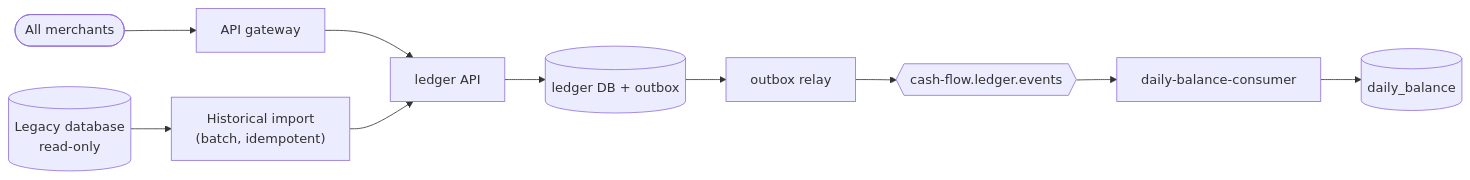
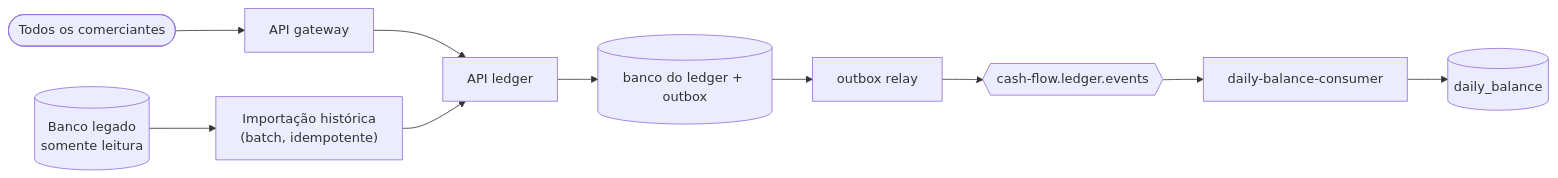
The fifth of 6 diagrams in docs/04-transition-architecture.md (joaorizzont/cash-flow-test), drawn with Mermaid before and after one commit. The commit also changed other lines of this file and 23 other files, not shown here.

First line of the commit message:
docs: translate architecture documentation to portuguese

````diff
--- a/docs/04-transition-architecture.md
+++ b/docs/04-transition-architecture.md
@@ -103,9 +103,9 @@
 ```mermaid
 flowchart LR
-  M(["All merchants"]) --> GW["API gateway"] --> L["ledger API"]
-  L --> LDBN[("ledger DB + outbox")]
+  M(["Todos os comerciantes"]) --> GW["API gateway"] --> L["API ledger"]
+  L --> LDBN[("banco do ledger + outbox")]
   LDBN --> R["outbox relay"] --> X{{"cash-flow.ledger.events"}}
   X --> C["daily-balance-consumer"] --> DDB[("daily_balance")]
-  IMP["Historical import<br/>(batch, idempotent)"] --> L
-  LDB[("Legacy database<br/>read-only")] --> IMP
+  IMP["Importação histórica<br/>(batch, idempotente)"] --> L
+  LDB[("Banco legado<br/>somente leitura")] --> IMP
 ```
````
